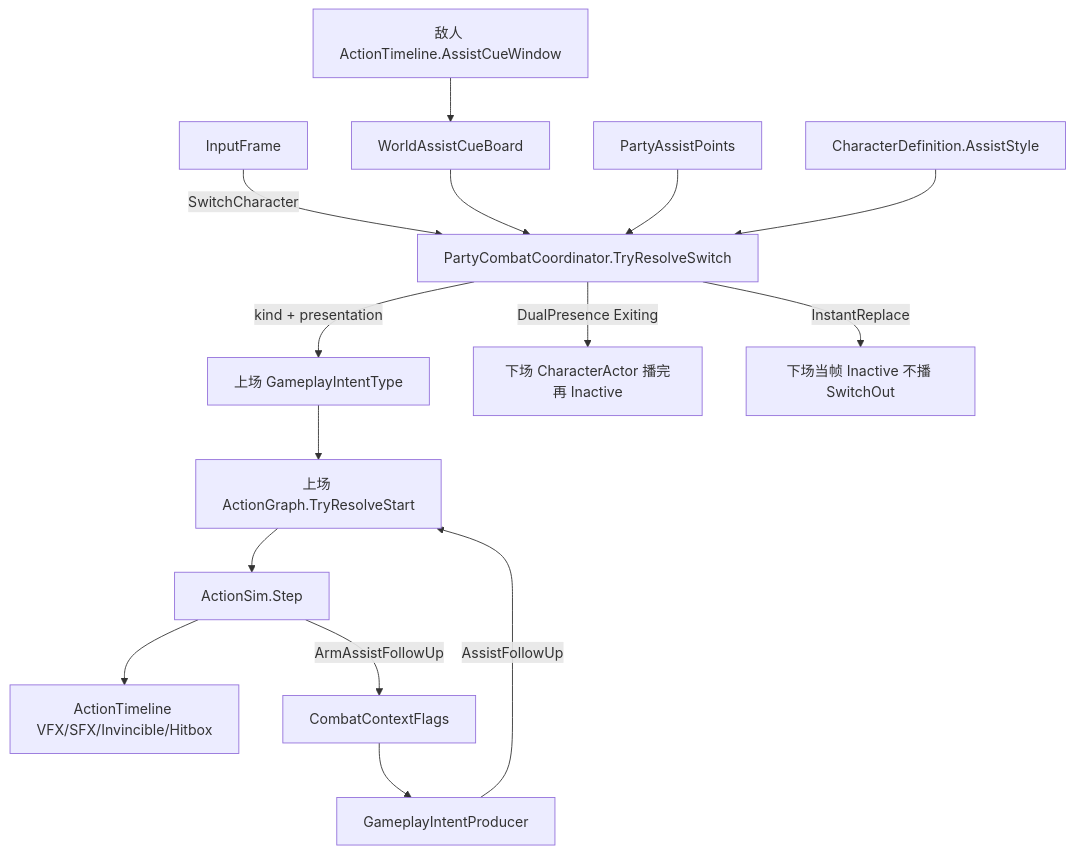
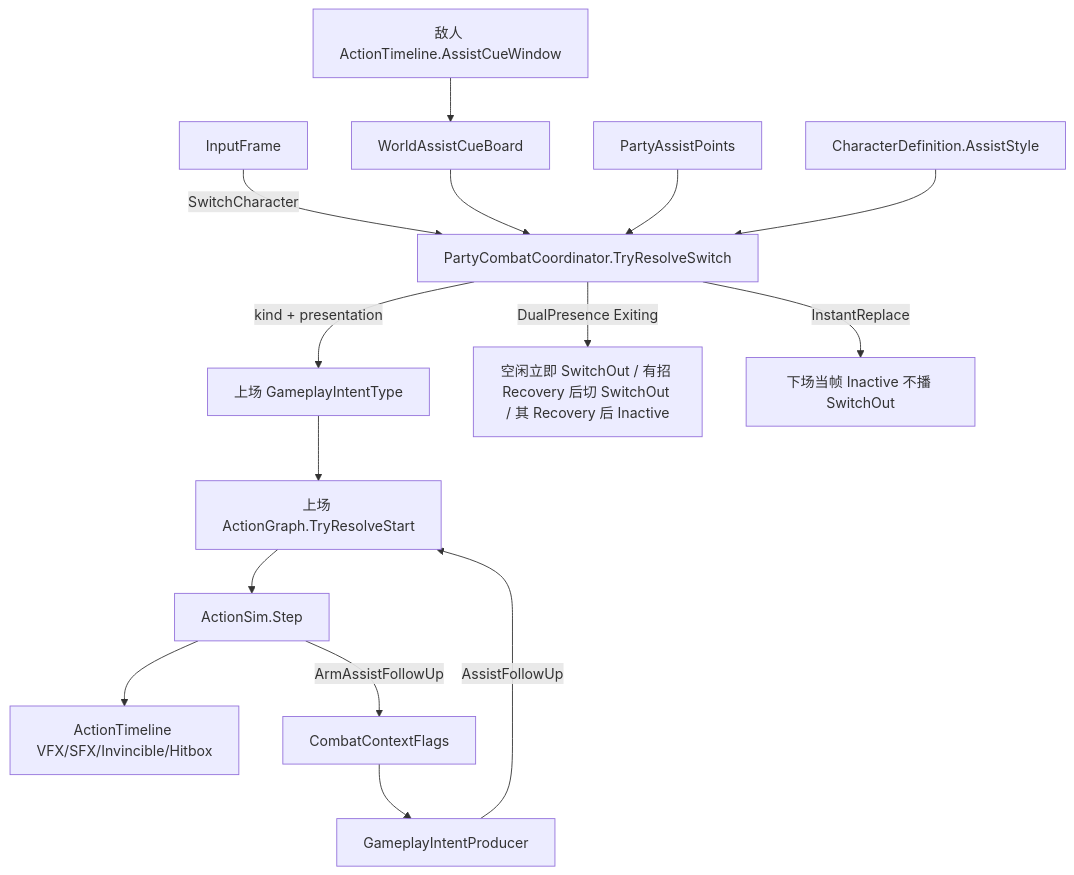
The diagram in docs/2026.8.30/PARTY_SWITCH_ASSIST_PLAN.md (diosamacao/DiavoloGame), drawn with Mermaid before and after one commit. The commit also changed other lines of this file and 18 other files, not shown here.

````diff
--- a/docs/2026.8.30/PARTY_SWITCH_ASSIST_PLAN.md
+++ b/docs/2026.8.30/PARTY_SWITCH_ASSIST_PLAN.md
@@ -201,17 +201,17 @@
 ```mermaid
 flowchart TB
   InputFrame -->|SwitchCharacter| Coordinator[PartyCombatCoordinator.TryResolveSwitch]
   EnemyTL[敌人 ActionTimeline.AssistCueWindow] --> CueBoard[WorldAssistCueBoard]
   CueBoard --> Coordinator
   AssistPts[PartyAssistPoints] --> Coordinator
   Def[CharacterDefinition.AssistStyle] --> Coordinator
   Coordinator -->|kind + presentation| IncomingIntent[上场 GameplayIntentType]
-  Coordinator -->|DualPresence Exiting| Outgoing[下场 CharacterActor 播完再 Inactive]
+  Coordinator -->|DualPresence Exiting| Outgoing[空闲立即 SwitchOut / 有招 Recovery 后切 SwitchOut / 其 Recovery 后 Inactive]
   Coordinator -->|InstantReplace| Hide[下场当帧 Inactive 不播 SwitchOut]
   IncomingIntent --> Graph[上场 ActionGraph.TryResolveStart]
   Graph --> ActionSim[ActionSim.Step]
   ActionSim --> TL[ActionTimeline VFX/SFX/Invincible/Hitbox]
   ActionSim -->|ArmAssistFollowUp| Flags[CombatContextFlags]
   Flags --> Producer[GameplayIntentProducer]
   Producer -->|AssistFollowUp| Graph
 ```
````
